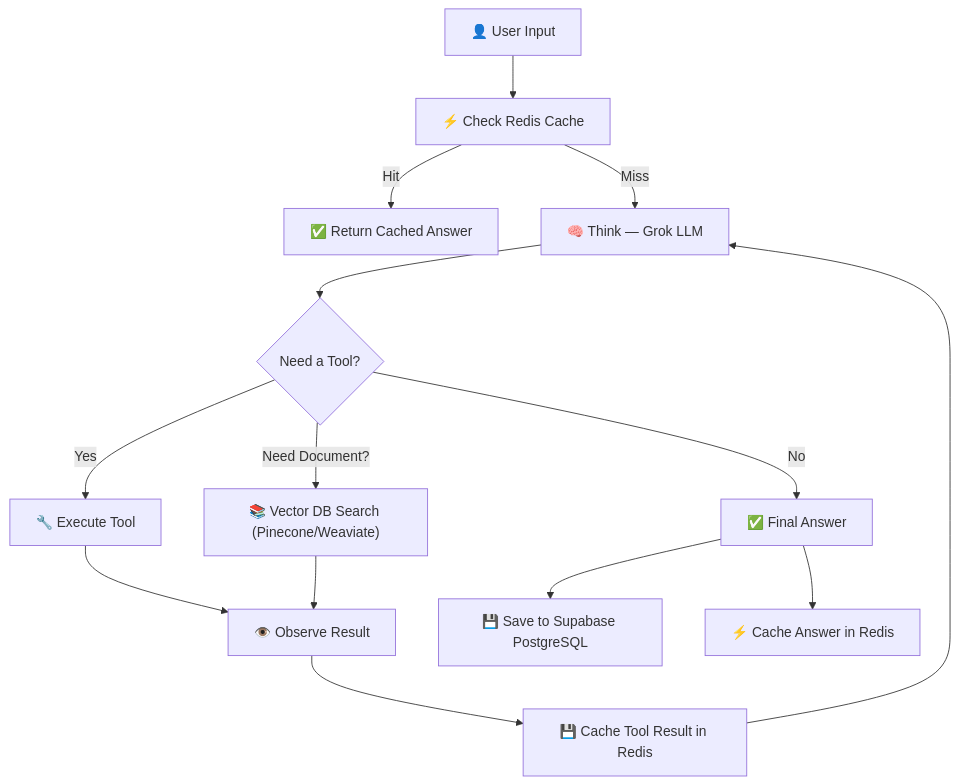
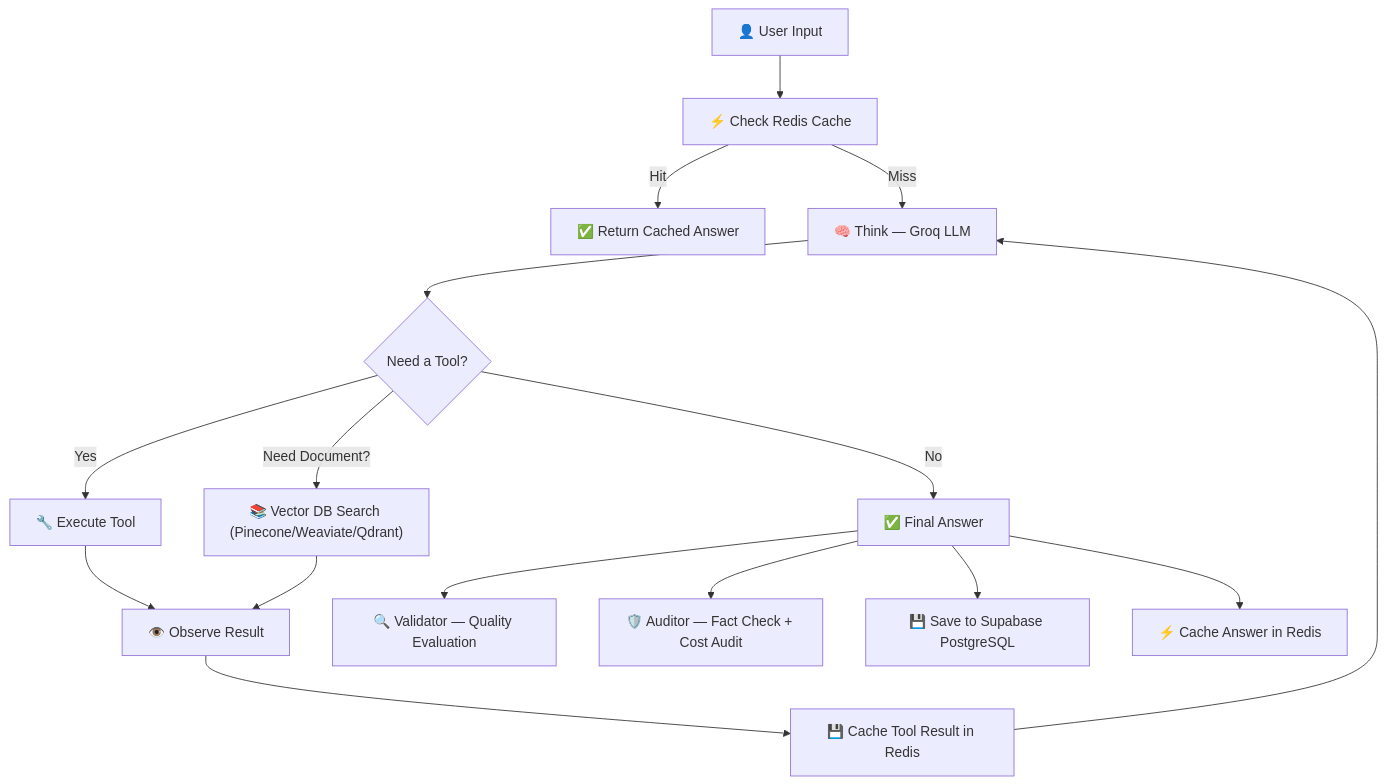
One commit to ranvirdeshmukh2004/My-AI-ReAct-Framework changed the diagram in README.md. Above: the diagram before and after it, drawn with Mermaid. The commit also changed other lines of this file and 1 other file, not shown here.

````diff
--- a/README.md
+++ b/README.md
@@ -28,16 +31,18 @@
 ```mermaid
 graph TD
     A["👤 User Input"] --> B["⚡ Check Redis Cache"]
     B -->|Hit| Z["✅ Return Cached Answer"]
-    B -->|Miss| C["🧠 Think — Grok LLM"]
+    B -->|Miss| C["🧠 Think — Groq LLM"]
     C --> D{"Need a Tool?"}
     D -->|Yes| E["🔧 Execute Tool"]
     E --> F["👁️ Observe Result"]
     F --> G["💾 Cache Tool Result in Redis"]
     G --> C
-    D -->|"Need Document?"| P["📚 Vector DB Search (Pinecone/Weaviate)"]
+    D -->|"Need Document?"| P["📚 Vector DB Search (Pinecone/Weaviate/Qdrant)"]
     P --> F
     D -->|No| H["✅ Final Answer"]
+    H --> V["🔍 Validator — Quality Evaluation"]
+    H --> AU["🛡️ Auditor — Fact Check + Cost Audit"]
     H --> I["💾 Save to Supabase PostgreSQL"]
     H --> J["⚡ Cache Answer in Redis"]
 ```
````
